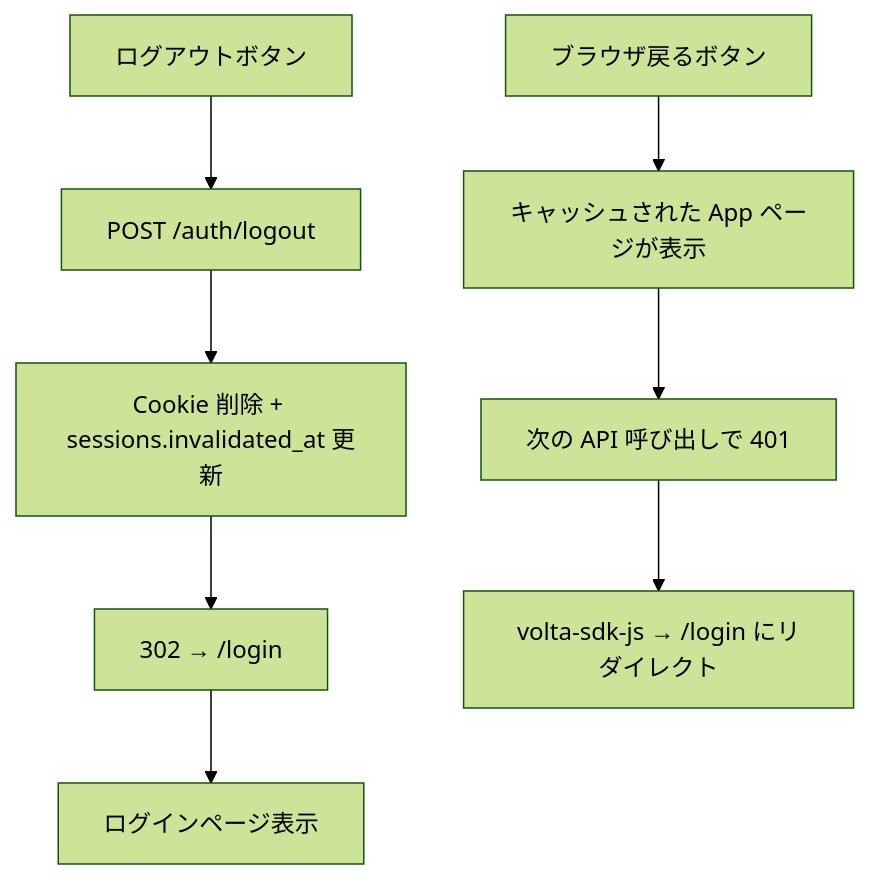
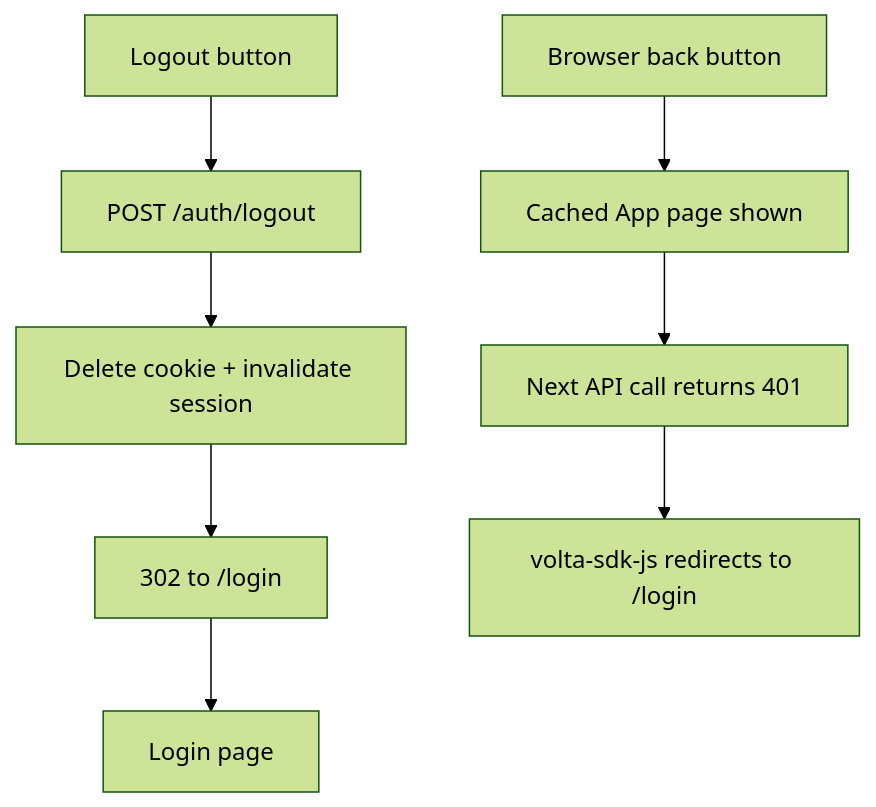
One commit to opaopa6969/volta-auth-proxy changed the seventh of 12 diagrams in dge/specs/ui-flow.md. Above: the diagram before and after it, drawn with Mermaid (forest theme). The commit also changed other lines of this file, not shown here.

First line of the commit message:
Fix mermaid diagrams for GitHub rendering

````diff
--- a/dge/specs/ui-flow.md
+++ b/dge/specs/ui-flow.md
@@ -201,11 +193,11 @@
 ```mermaid
 flowchart TD
-    A[ログアウトボタン] --> B[POST /auth/logout]
-    B --> C[Cookie 削除 + sessions.invalidated_at 更新]
-    C --> D[302 → /login]
-    D --> E[ログインページ表示]
+    A["Logout button"] --> B["POST /auth/logout"]
+    B --> C["Delete cookie + invalidate session"]
+    C --> D["302 to /login"]
+    D --> E["Login page"]
 
-    F[ブラウザ戻るボタン] --> G[キャッシュされた App ページが表示]
-    G --> H[次の API 呼び出しで 401]
-    H --> I[volta-sdk-js → /login にリダイレクト]
+    F["Browser back button"] --> G["Cached App page shown"]
+    G --> H["Next API call returns 401"]
+    H --> I["volta-sdk-js redirects to /login"]
 ```
````
